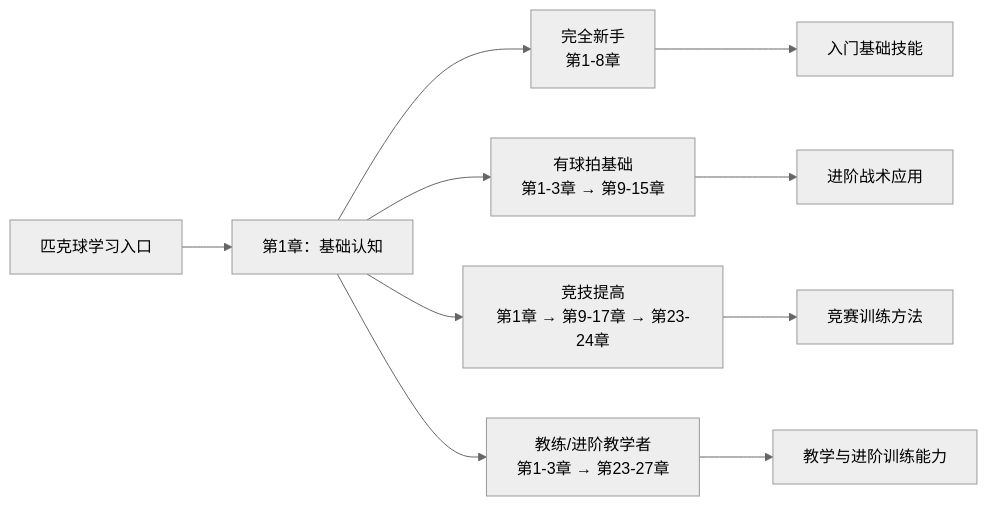
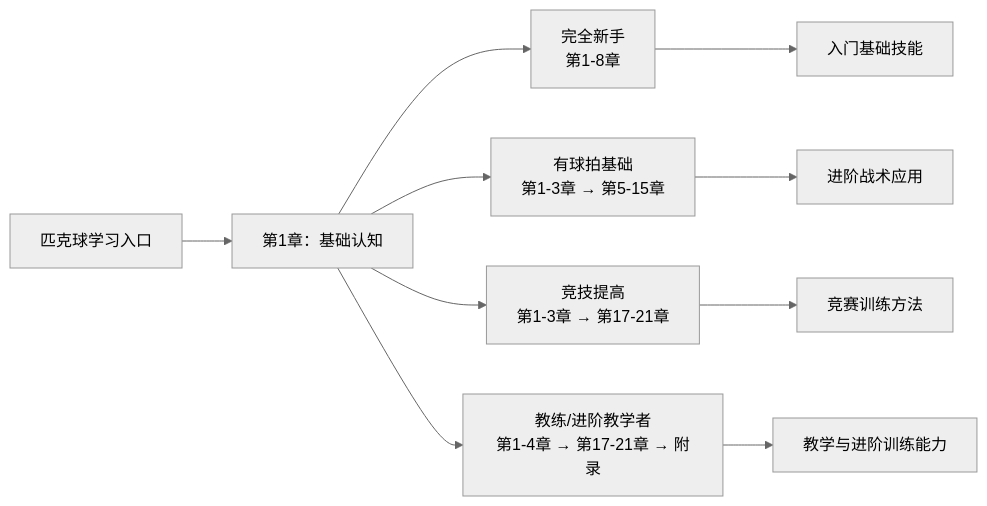
Before and after one commit to yeasy/learning_pickleball: the diagram in README.md, drawn with Mermaid (neutral theme). The commit also changed other lines of this file and 23 other files, not shown here.

````diff
--- a/README.md
+++ b/README.md
@@ -71,14 +71,14 @@
 ```mermaid
 graph LR
     Start[匹克球学习入口] --> Ch1[第1章：基础认知]
 
     Ch1 --> Role1["完全新手<br/>第1-8章"]
-    Ch1 --> Role2["有球拍基础<br/>第1-3章 → 第9-15章"]
-    Ch1 --> Role3["竞技提高<br/>第1章 → 第9-17章 → 第23-24章"]
-    Ch1 --> Role4["教练/进阶教学者<br/>第1-3章 → 第23-27章"]
+    Ch1 --> Role2["有球拍基础<br/>第1-3章 → 第5-15章"]
+    Ch1 --> Role3["竞技提高<br/>第1-3章 → 第17-21章"]
+    Ch1 --> Role4["教练/进阶教学者<br/>第1-4章 → 第17-21章 → 附录"]
 
     Role1 --> End1["入门基础技能"]
     Role2 --> End2["进阶战术应用"]
     Role3 --> End3["竞赛训练方法"]
     Role4 --> End4["教学与进阶训练能力"]
 ```
````
